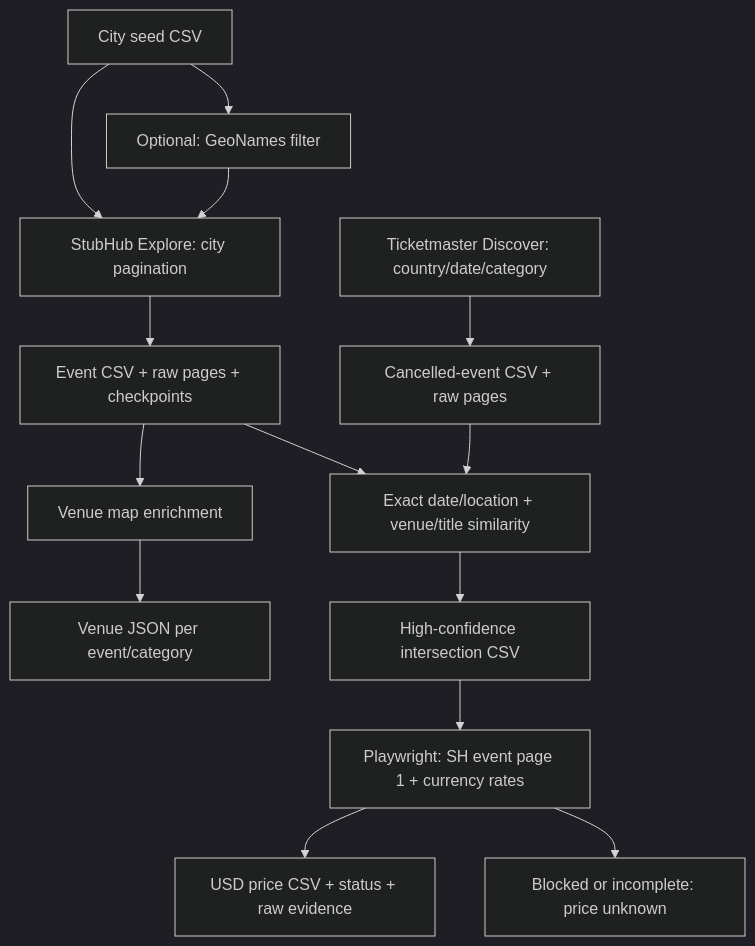
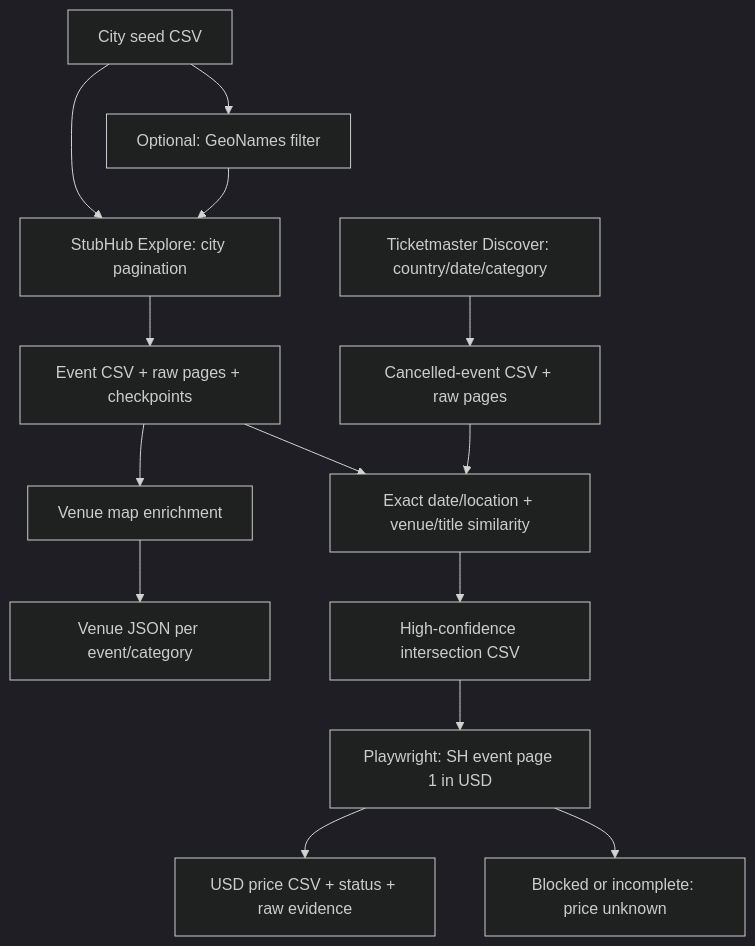
The diagram in README.md (Siriussee/cancelled-event), drawn with Mermaid (dark theme) before and after one commit. The commit also changed other lines of this file and 8 other files, not shown here.

Commit message:
Request USD event prices directly and skip browser FX lookup

````diff
--- a/README.md
+++ b/README.md
@@ -13,16 +13,16 @@
 ```mermaid
 flowchart TD
     Seeds["City seed CSV"] --> Filter["Optional: GeoNames filter"]
     Seeds --> StubHub["StubHub Explore: city pagination"]
     Filter --> StubHub
     StubHub --> Events["Event CSV + raw pages + checkpoints"]
     Events --> Venues["Venue map enrichment"]
     Venues --> Maps["Venue JSON per event/category"]
     Ticketmaster["Ticketmaster Discover: country/date/category"] --> Cancelled["Cancelled-event CSV + raw pages"]
     Events --> Match["Exact date/location + venue/title similarity"]
     Cancelled --> Match
     Match --> Overlap["High-confidence intersection CSV"]
-    Overlap --> Prices["Playwright: SH event page 1 + currency rates"]
+    Overlap --> Prices["Playwright: SH event page 1 in USD"]
     Prices --> Priced["USD price CSV + status + raw evidence"]
     Prices --> Unknown["Blocked or incomplete: price unknown"]
 ```
````
